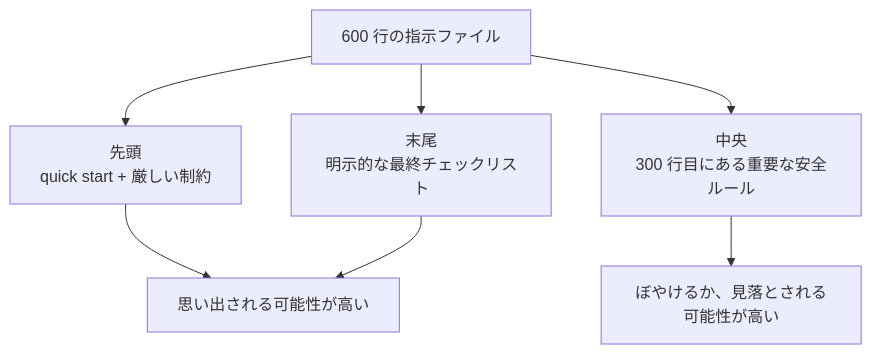
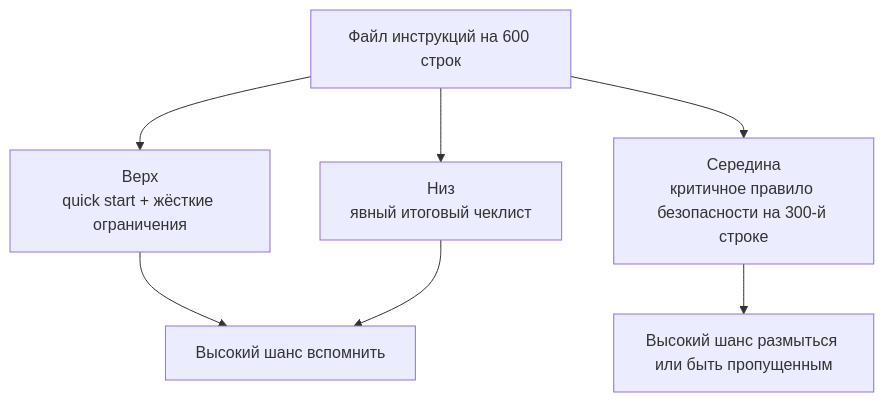
One commit to mkusaka/learn-harness-engineering changed the second of 2 diagrams in docs/ru/lectures/lecture-04-why-one-giant-instruction-file-fails/index.md. Above: the diagram before and after it, drawn with Mermaid. The commit also changed other lines of this file and 684 other files, not shown here.

````diff
--- a/docs/ru/lectures/lecture-04-why-one-giant-instruction-file-fails/index.md
+++ b/docs/ru/lectures/lecture-04-why-one-giant-instruction-file-fails/index.md
@@ -48,9 +48,9 @@
 ```mermaid
 flowchart TB
-    File["600 行の指示ファイル"] --> Top["先頭<br/>quick start + 厳しい制約"]
-    File --> Mid["中央<br/>300 行目にある重要な安全ルール"]
-    File --> Bot["末尾<br/>明示的な最終チェックリスト"]
-    Top --> Seen["思い出される可能性が高い"]
+    File["Файл инструкций на 600 строк"] --> Top["Верх<br/>quick start + жёсткие ограничения"]
+    File --> Mid["Середина<br/>критичное правило безопасности на 300-й строке"]
+    File --> Bot["Низ<br/>явный итоговый чеклист"]
+    Top --> Seen["Высокий шанс вспомнить"]
     Bot --> Seen
-    Mid --> Missed["ぼやけるか、見落とされる可能性が高い"]
+    Mid --> Missed["Высокий шанс размыться или быть пропущенным"]
 ```
````
